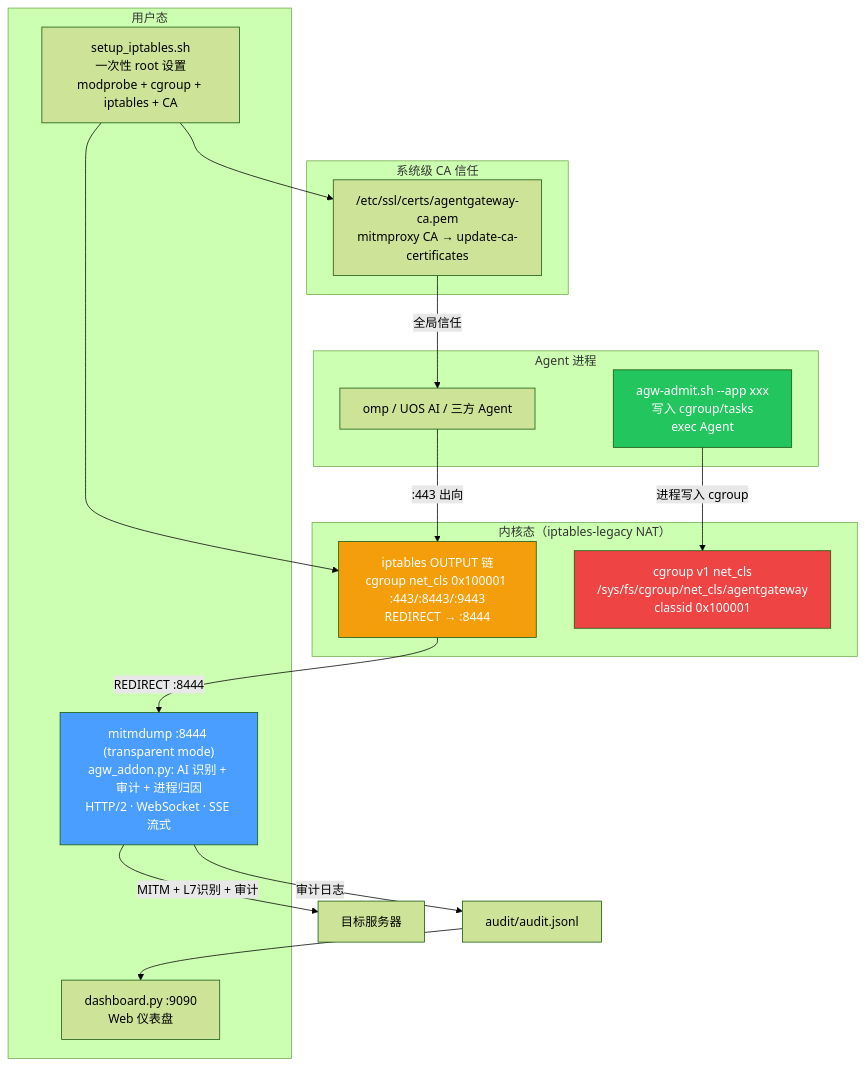
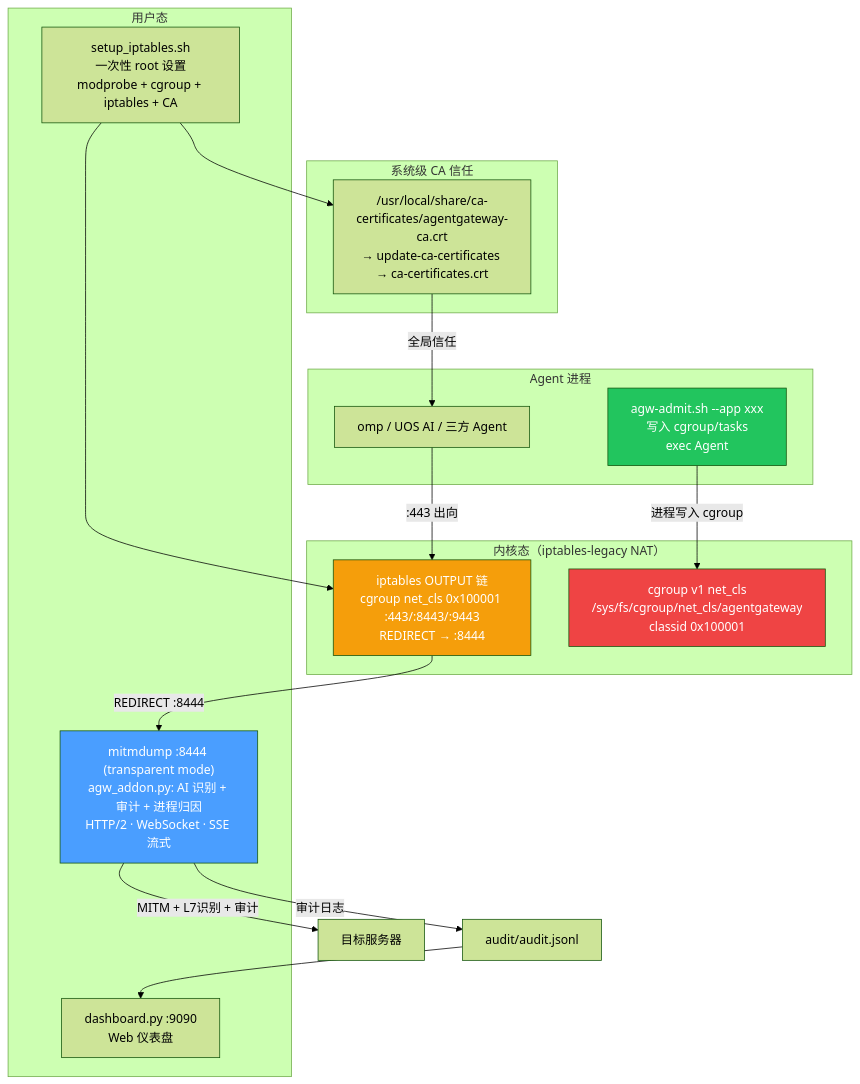
The diagram in README.md (eric2023/agentgateway), drawn with Mermaid (forest theme) before and after one commit. The commit also changed other lines of this file and 1 other file, not shown here.

````diff
--- a/README.md
+++ b/README.md
@@ -11,37 +11,37 @@
 ```mermaid
 graph TB
     subgraph 内核态["内核态（iptables-legacy NAT）"]
         NFT["iptables OUTPUT 链<br/>cgroup net_cls 0x100001 :443/:8443/:9443<br/>REDIRECT → :8444"]
         CG["cgroup v1 net_cls<br/>/sys/fs/cgroup/net_cls/agentgateway<br/>classid 0x100001"]
     end
 
     subgraph 用户态["用户态"]
         TP["mitmdump :8444 (transparent mode)<br/>agw_addon.py: AI 识别 + 审计 + 进程归因<br/>HTTP/2 · WebSocket · SSE 流式"]
         DASH["dashboard.py :9090<br/>Web 仪表盘"]
         SETUP["setup_iptables.sh<br/>一次性 root 设置<br/>modprobe + cgroup + iptables + CA"]
     end
 
     subgraph Agent["Agent 进程"]
         A1["omp / UOS AI / 三方 Agent"]
         TE["agw-admit.sh --app xxx<br/>写入 cgroup/tasks<br/>exec Agent"]
     end
 
     subgraph CA["系统级 CA 信任"]
-        SYS["/etc/ssl/certs/agentgateway-ca.pem<br/>mitmproxy CA → update-ca-certificates"]
+        SYS["/usr/local/share/ca-certificates/agentgateway-ca.crt<br/>→ update-ca-certificates → ca-certificates.crt"]
     end
 
     TE -->|"进程写入 cgroup"| CG
     A1 -->|":443 出向"| NFT
     NFT -->|"REDIRECT :8444"| TP
     TP -->|"MITM + L7识别 + 审计"| 远程["目标服务器"]
     TP -->|"审计日志"| LOG["audit/audit.jsonl"]
     LOG --> DASH
     SYS -->|"全局信任"| A1
     SETUP --> NFT
     SETUP --> SYS
 
     style NFT fill:#f59e0b,color:#fff
     style TP fill:#4a9eff,color:#fff
     style TE fill:#22c55e,color:#fff
     style CG fill:#ef4444,color:#fff
 ```
````
